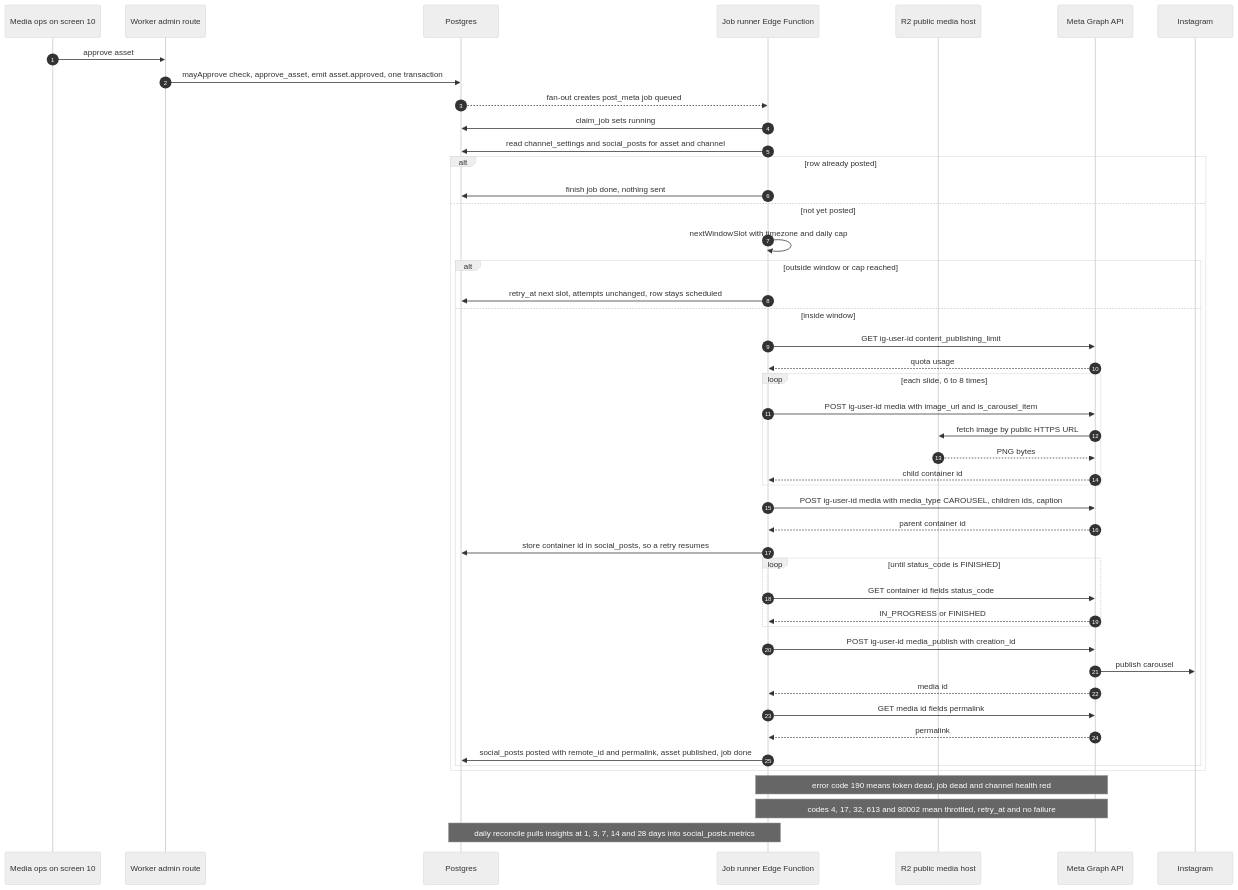
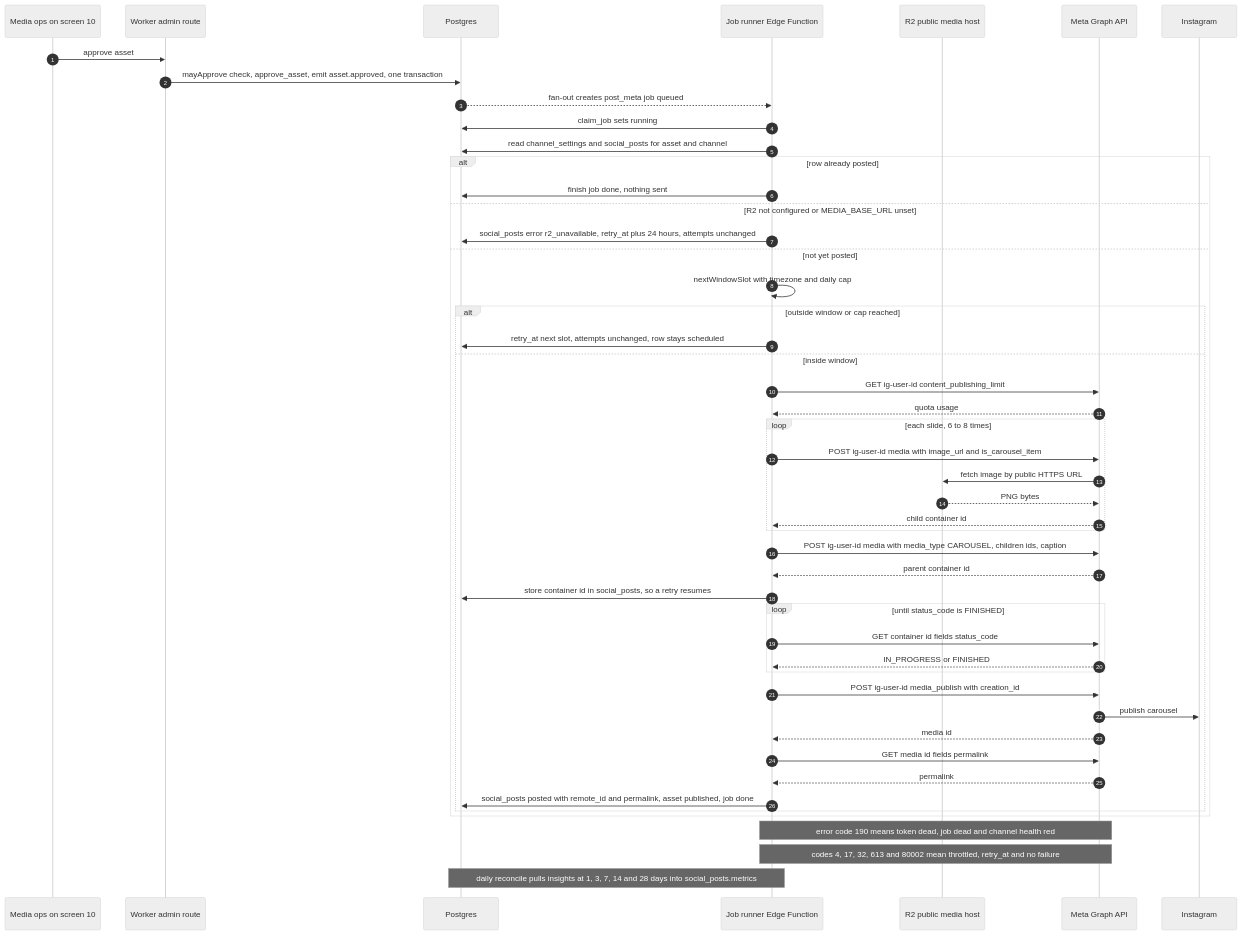
One commit to AbdulrahmanAmer/matter-of-place changed the second of 3 diagrams in workspace/03-diagrams/plans-c.md. Above: the diagram before and after it, drawn with Mermaid (neutral theme). The commit also changed other lines of this file and 104 other files, not shown here.

First line of the commit message:
Traceability audit rounds 5 and 6; diagrams brought in line with the plans; rulings G58 to G65

````diff
--- a/workspace/03-diagrams/plans-c.md
+++ b/workspace/03-diagrams/plans-c.md
@@ -99,49 +104,51 @@
 ```mermaid
 sequenceDiagram
   autonumber
   participant ME as Media ops on screen 10
   participant WK as Worker admin route
   participant PG as Postgres
   participant RN as Job runner Edge Function
   participant R2 as R2 public media host
   participant GR as Meta Graph API
   participant IG as Instagram
   ME->>WK: approve asset
   WK->>PG: mayApprove check, approve_asset, emit asset.approved, one transaction
   PG-->>RN: fan-out creates post_meta job queued
   RN->>PG: claim_job sets running
   RN->>PG: read channel_settings and social_posts for asset and channel
   alt row already posted
     RN->>PG: finish job done, nothing sent
+  else R2 not configured or MEDIA_BASE_URL unset
+    RN->>PG: social_posts error r2_unavailable, retry_at plus 24 hours, attempts unchanged
   else not yet posted
     RN->>RN: nextWindowSlot with timezone and daily cap
     alt outside window or cap reached
       RN->>PG: retry_at next slot, attempts unchanged, row stays scheduled
     else inside window
       RN->>GR: GET ig-user-id content_publishing_limit
       GR-->>RN: quota usage
       loop each slide, 6 to 8 times
         RN->>GR: POST ig-user-id media with image_url and is_carousel_item
         GR->>R2: fetch image by public HTTPS URL
         R2-->>GR: PNG bytes
         GR-->>RN: child container id
       end
       RN->>GR: POST ig-user-id media with media_type CAROUSEL, children ids, caption
       GR-->>RN: parent container id
       RN->>PG: store container id in social_posts, so a retry resumes
       loop until status_code is FINISHED
         RN->>GR: GET container id fields status_code
         GR-->>RN: IN_PROGRESS or FINISHED
       end
       RN->>GR: POST ig-user-id media_publish with creation_id
       GR->>IG: publish carousel
       GR-->>RN: media id
       RN->>GR: GET media id fields permalink
       GR-->>RN: permalink
       RN->>PG: social_posts posted with remote_id and permalink, asset published, job done
     end
   end
   Note over RN,GR: error code 190 means token dead, job dead and channel health red
   Note over RN,GR: codes 4, 17, 32, 613 and 80002 mean throttled, retry_at and no failure
   Note over RN,PG: daily reconcile pulls insights at 1, 3, 7, 14 and 28 days into social_posts.metrics
 ```
````
